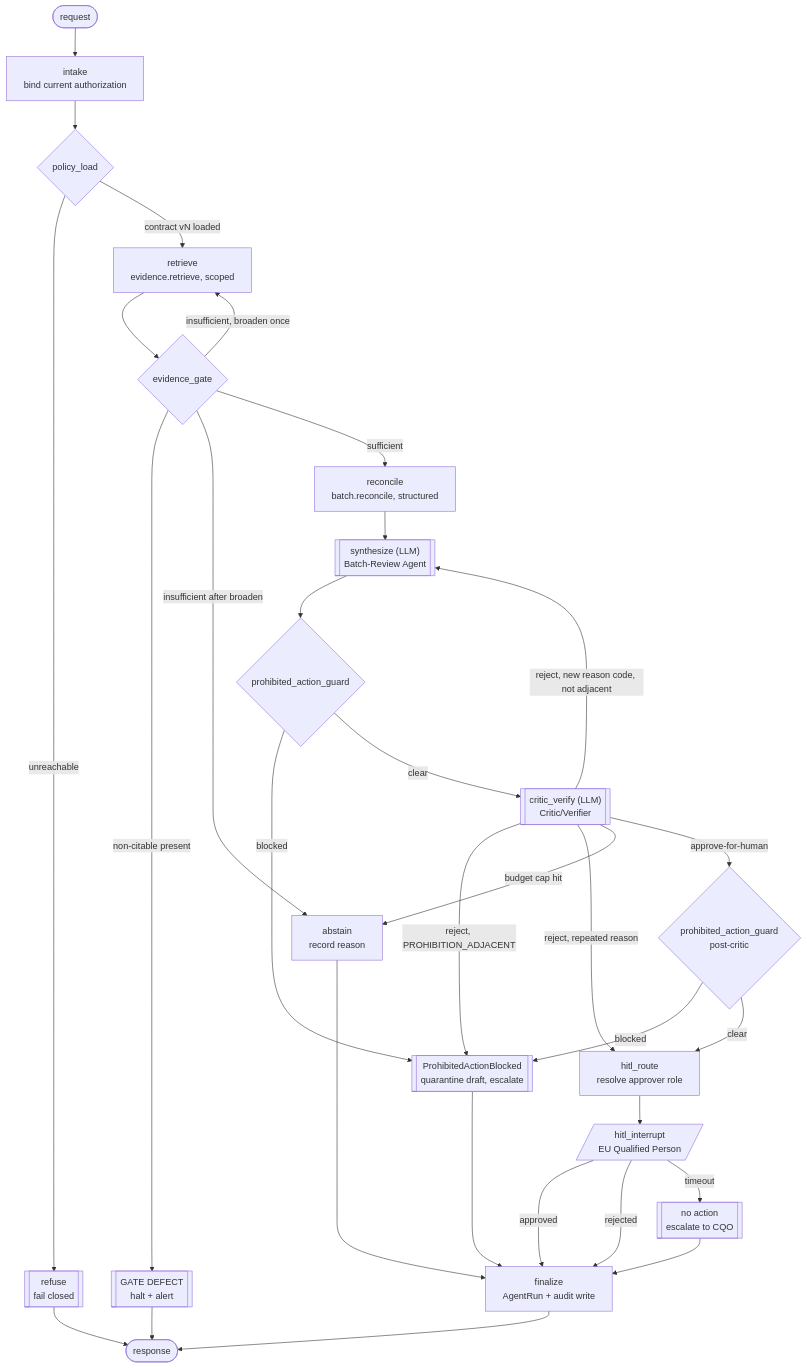
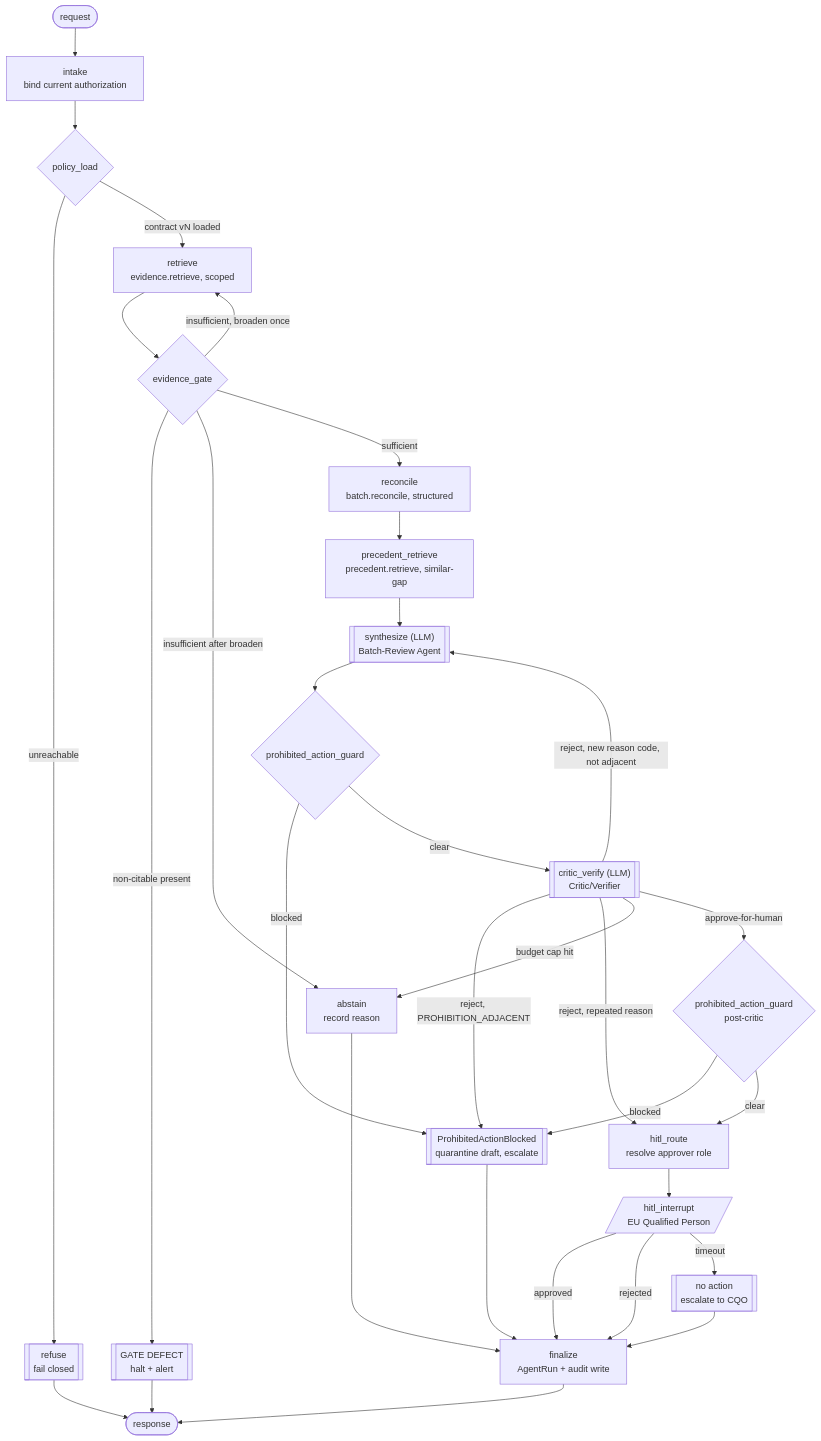
One commit to VenkataDineshPuranam/Team3_AEGIS_Pharma_Capstone_AgenticV2 changed the diagram in docs/architecture/agentic/langgraph_design.md. Above: the diagram before and after it, drawn with Mermaid. The commit also changed other lines of this file and 3205 other files, not shown here.

````diff
--- a/docs/architecture/agentic/langgraph_design.md
+++ b/docs/architecture/agentic/langgraph_design.md
@@ -14,33 +14,34 @@
 ```mermaid
 flowchart TD
     START([request]) --> intake
     intake[intake<br/>bind current authorization] --> policy{policy_load}
     policy -->|unreachable| refuse[[refuse<br/>fail closed]]
     policy -->|contract vN loaded| retrieve
     retrieve[retrieve<br/>evidence.retrieve, scoped] --> egate{evidence_gate}
     egate -->|non-citable present| defect[[GATE DEFECT<br/>halt + alert]]
     egate -->|insufficient, broaden once| retrieve
     egate -->|insufficient after broaden| abstain
     egate -->|sufficient| reconcile
-    reconcile[reconcile<br/>batch.reconcile, structured] --> synth
+    reconcile[reconcile<br/>batch.reconcile, structured] --> precedent
+    precedent[precedent_retrieve<br/>precedent.retrieve, similar-gap] --> synth
     synth[["synthesize (LLM)<br/>Batch-Review Agent"]] --> guard1
     guard1{prohibited_action_guard} -->|blocked| blocked[[ProhibitedActionBlocked<br/>quarantine draft, escalate]]
     guard1 -->|clear| critic
     critic[["critic_verify (LLM)<br/>Critic/Verifier"]] -->|reject, PROHIBITION_ADJACENT| blocked
     critic -->|reject, new reason code, not adjacent| synth
     critic -->|reject, repeated reason| hroute
     critic -->|budget cap hit| abstain
     critic -->|approve-for-human| guard2
     guard2{prohibited_action_guard<br/>post-critic} -->|blocked| blocked
     guard2 -->|clear| hroute
     hroute[hitl_route<br/>resolve approver role] --> hitl
     hitl[/hitl_interrupt<br/>EU Qualified Person/] -->|approved| finalize
     hitl -->|rejected| finalize
     hitl -->|timeout| noaction[[no action<br/>escalate to CQO]]
     noaction --> finalize
     finalize[finalize<br/>AgentRun + audit write] --> END([response])
     abstain[abstain<br/>record reason] --> finalize
     blocked --> finalize
     refuse --> END
     defect --> END
 ```
````
